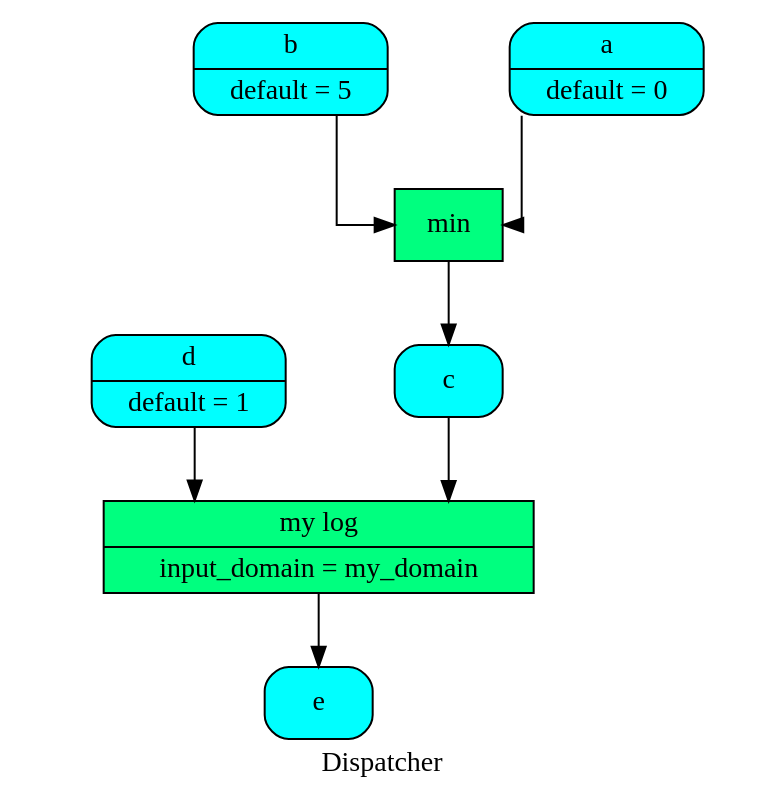
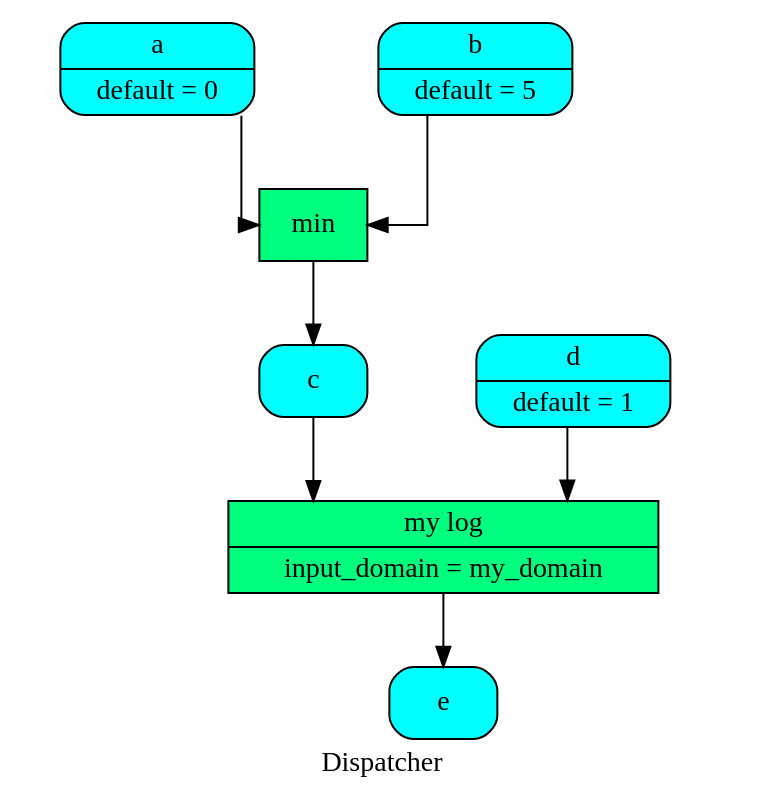
Before and after one commit to vinci1it2000/schedula: the diagram in doc/source/dispatcher/__init__/dispatch/dsp.dot, drawn with Graphviz. The commit also changed 24 other files, not shown here.

```diff
--- a/doc/source/dispatcher/__init__/dispatch/dsp.dot
+++ b/doc/source/dispatcher/__init__/dispatch/dsp.dot
@@ -1,19 +1,19 @@
 digraph Dispatcher {
 	graph [ratio=1]
 	node [style=filled]
 	splines = ortho
 	label = "Dispatcher"
-		"Dispatcher_-8069443800989944208" [label="{ c  }" fillcolor=cyan shape=Mrecord]
-		"Dispatcher_-2616412021160338383" [label="{ min  }" fillcolor=springgreen shape=record]
-		"Dispatcher_-4868960230063457645" [label="{ b | default = 5 }" fillcolor=cyan shape=Mrecord]
-		"Dispatcher_-6154672520566587020" [label="{ a | default = 0 }" fillcolor=cyan shape=Mrecord]
-		Dispatcher_8292886482098159717 [label="{ d | default = 1 }" fillcolor=cyan shape=Mrecord]
-		Dispatcher_2516145115022043129 [label="{ my log | input_domain = my_domain }" fillcolor=springgreen shape=record]
-		Dispatcher_8757498191479327245 [label="{ e  }" fillcolor=cyan shape=Mrecord]
-			"Dispatcher_-8069443800989944208" -> Dispatcher_2516145115022043129
-			"Dispatcher_-2616412021160338383" -> "Dispatcher_-8069443800989944208"
-			"Dispatcher_-4868960230063457645" -> "Dispatcher_-2616412021160338383"
-			"Dispatcher_-6154672520566587020" -> "Dispatcher_-2616412021160338383"
-			Dispatcher_8292886482098159717 -> Dispatcher_2516145115022043129
-			Dispatcher_2516145115022043129 -> Dispatcher_8757498191479327245
+		"Dispatcher_-7463268218442358016" [label="{ e  }" fillcolor=cyan shape=Mrecord]
+		Dispatcher_2108795078524061106 [label="{ min  }" fillcolor=springgreen shape=record]
+		"Dispatcher_-7122603177858460539" [label="{ c  }" fillcolor=cyan shape=Mrecord]
+		Dispatcher_4504726463497797545 [label="{ my log | input_domain = my_domain }" fillcolor=springgreen shape=record]
+		"Dispatcher_-8678671152349271859" [label="{ a | default = 0 }" fillcolor=cyan shape=Mrecord]
+		"Dispatcher_-5279003028835121650" [label="{ d | default = 1 }" fillcolor=cyan shape=Mrecord]
+		Dispatcher_5198365931108737741 [label="{ b | default = 5 }" fillcolor=cyan shape=Mrecord]
+			Dispatcher_2108795078524061106 -> "Dispatcher_-7122603177858460539"
+			"Dispatcher_-7122603177858460539" -> Dispatcher_4504726463497797545
+			Dispatcher_4504726463497797545 -> "Dispatcher_-7463268218442358016"
+			"Dispatcher_-8678671152349271859" -> Dispatcher_2108795078524061106
+			"Dispatcher_-5279003028835121650" -> Dispatcher_4504726463497797545
+			Dispatcher_5198365931108737741 -> Dispatcher_2108795078524061106
 }
```
